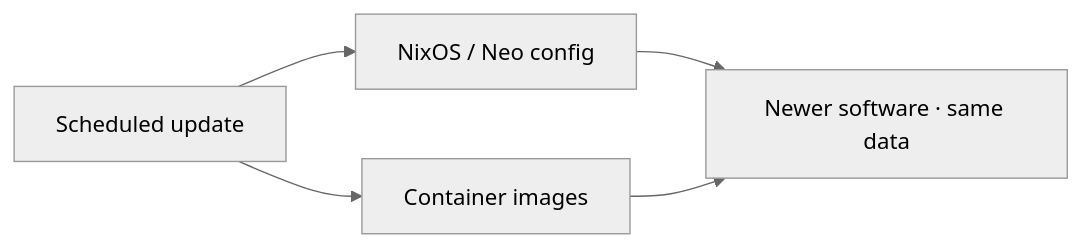
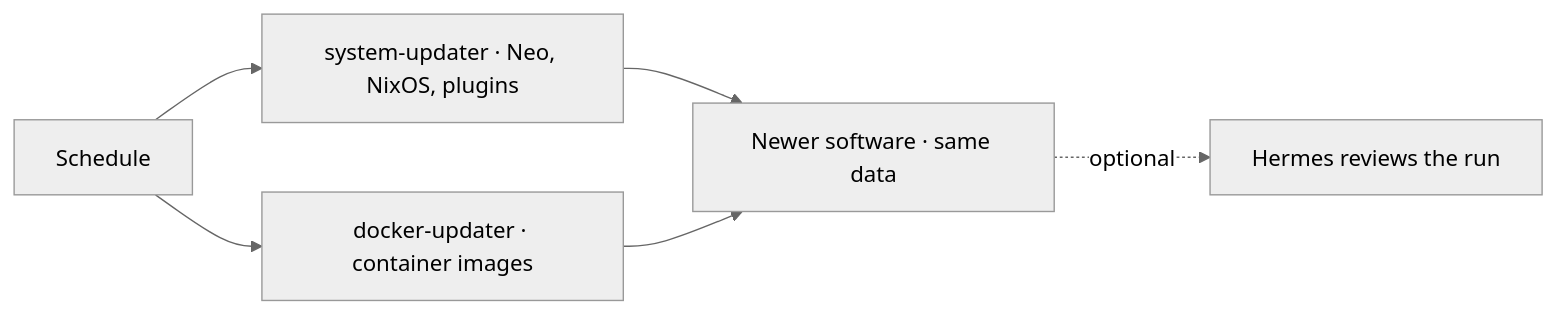
One commit to madebydamo/neo changed the second of 4 diagrams in docs/ARCHITECTURE.md. Above: the diagram before and after it, drawn with Mermaid (neutral theme). The commit also changed other lines of this file and 5 other files, not shown here.

````diff
--- a/docs/ARCHITECTURE.md
+++ b/docs/ARCHITECTURE.md
@@ -50,7 +61,8 @@
 ```mermaid
 flowchart LR
-  T[Scheduled update] --> OS[NixOS / Neo config]
-  T --> IMG[Container images]
-  OS --> NEW[Newer software · same data]
-  IMG --> NEW
+  T[Schedule] --> SU[system-updater · Neo, NixOS, plugins]
+  T --> DU[docker-updater · container images]
+  SU --> NEW[Newer software · same data]
+  DU --> NEW
+  NEW -.->|optional| H[Hermes reviews the run]
 ```
````
